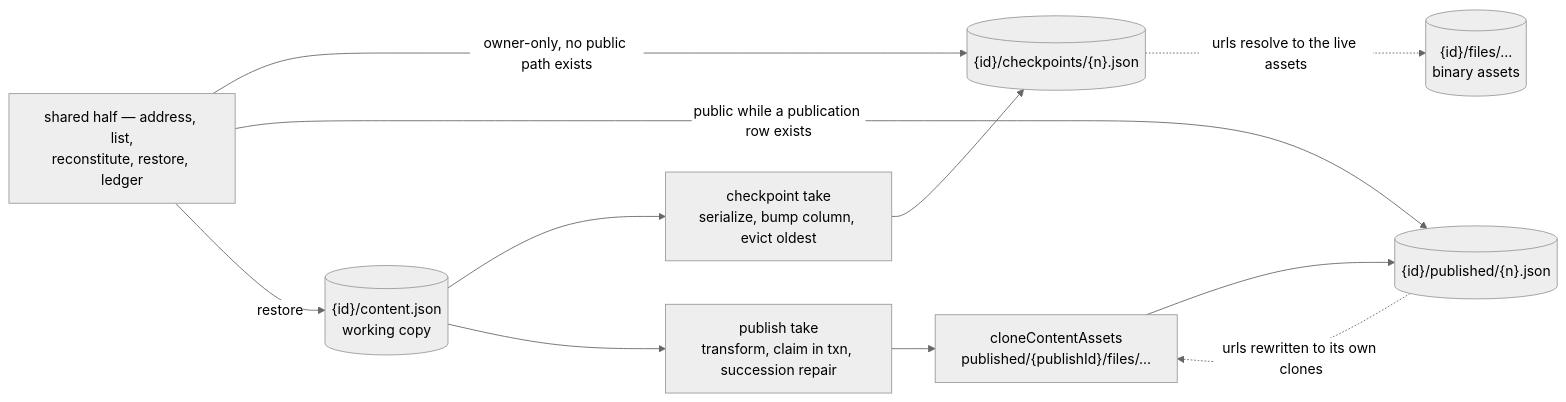
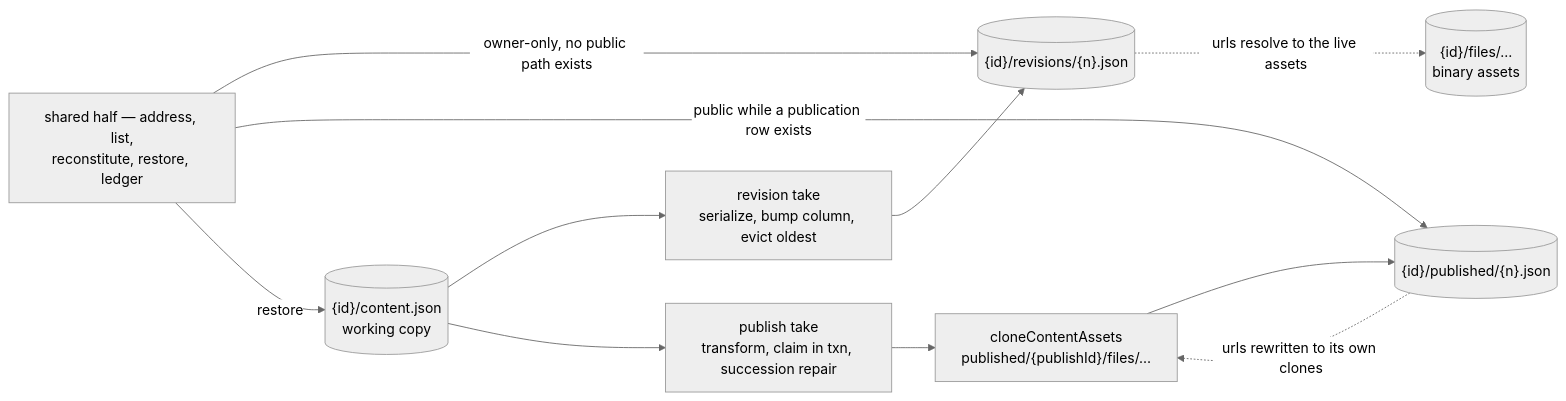
One commit to Esposter/Esposter changed the first of 2 diagrams in packages/app/content/docs/proposals/platform/resource-snapshots.md. Above: the diagram before and after it, drawn with Mermaid (neutral theme). The commit also changed other lines of this file, not shown here.

First line of the commit message:
docs(platform): the snapshot proposal calls a revision what the code does

````diff
--- a/packages/app/content/docs/proposals/platform/resource-snapshots.md
+++ b/packages/app/content/docs/proposals/platform/resource-snapshots.md
@@ -80,20 +80,20 @@
 ```mermaid
 flowchart LR
   WORK[("{id}/content.json<br/>working copy")]
   FILES[("{id}/files/…<br/>binary assets")]
 
-  WORK --> TAKECP["checkpoint take<br/>serialize, bump column, evict oldest"]
+  WORK --> TAKEREV["revision take<br/>serialize, bump column, evict oldest"]
   WORK --> TAKEPUB["publish take<br/>transform, claim in txn, succession repair"]
 
-  TAKECP --> CP[("{id}/checkpoints/{n}.json")]
+  TAKEREV --> REV[("{id}/revisions/{n}.json")]
   TAKEPUB --> CLONE["cloneContentAssets<br/>published/{publishId}/files/…"]
   CLONE --> PUB[("{id}/published/{n}.json")]
 
-  CP -.->|"urls resolve to the live assets"| FILES
+  REV -.->|"urls resolve to the live assets"| FILES
   PUB -.->|"urls rewritten to its own clones"| CLONE
 
   SHARED["shared half — address, list,<br/>reconstitute, restore, ledger"]
-  SHARED -->|"owner-only, no public path exists"| CP
+  SHARED -->|"owner-only, no public path exists"| REV
   SHARED -->|"public while a publication row exists"| PUB
   SHARED -->|restore| WORK
 ```
````
